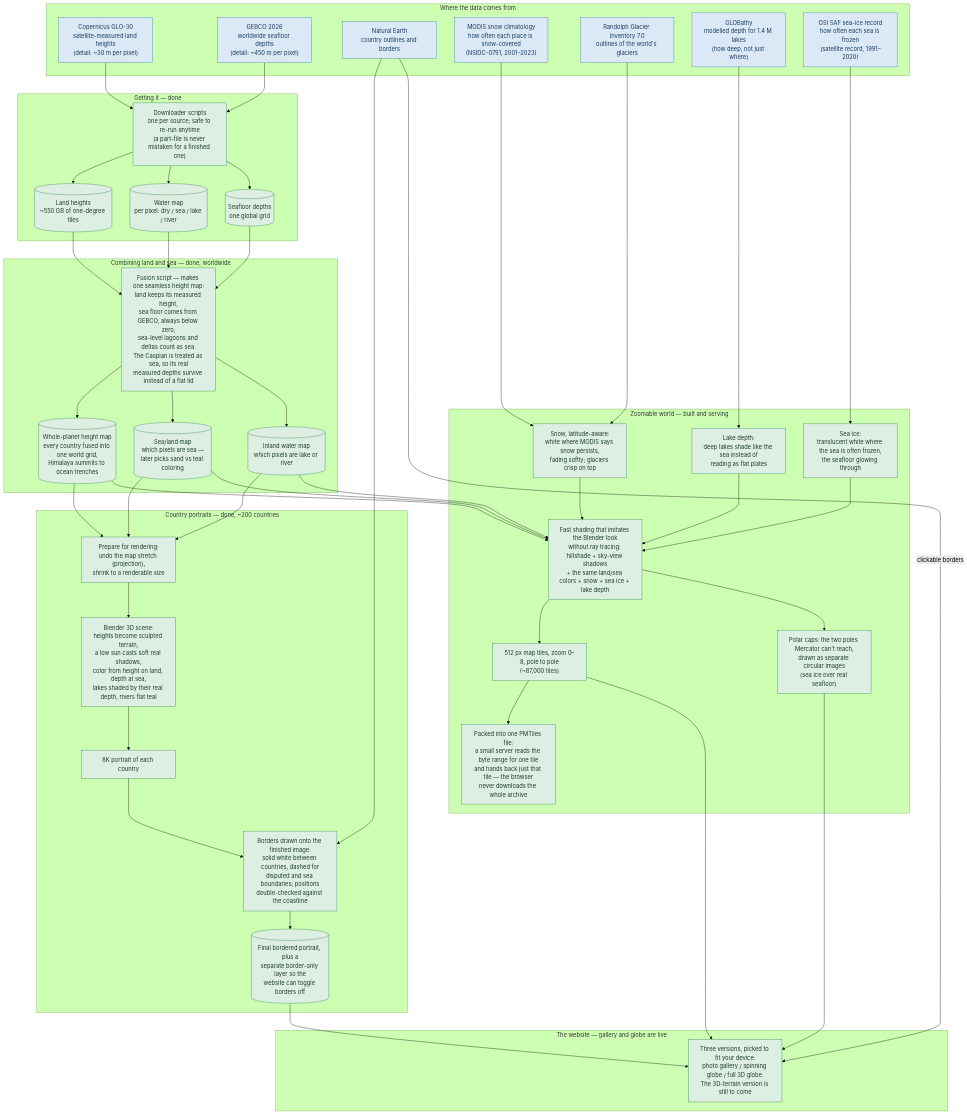
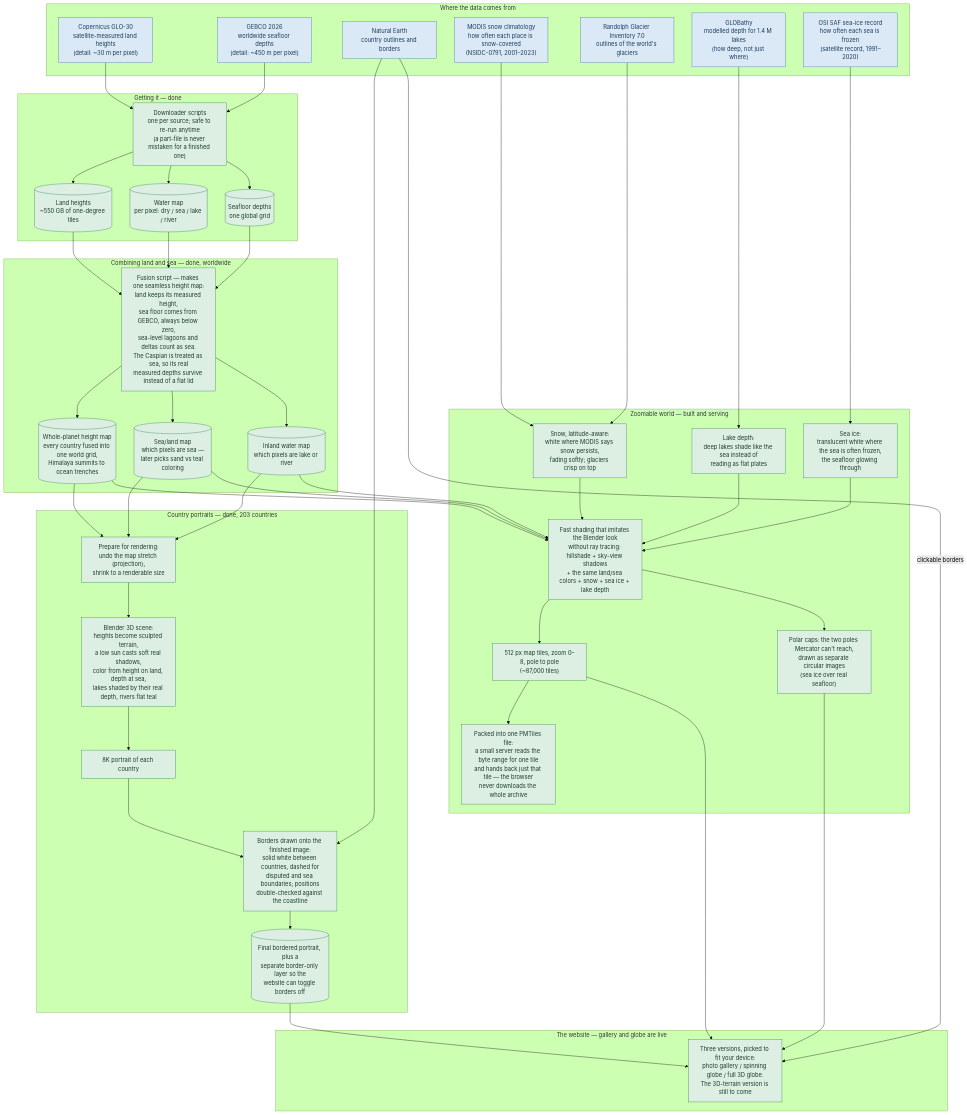
The diagram in docs/pipeline-overview.mmd (Alchez/terrella), drawn with Mermaid (forest theme) before and after one commit. The commit also changed 34 other files, not shown here.

```diff
--- a/docs/pipeline-overview.mmd
+++ b/docs/pipeline-overview.mmd
@@ -1,102 +1,100 @@
 %% Plain-language overview. Technical companion: pipeline-detail.mmd — update both together.
 
 flowchart TD
 
   subgraph SRC["Where the data comes from"]
     S1["Copernicus GLO-30<br/>satellite-measured land heights<br/>(detail: ~30 m per pixel)"]
     S2["GEBCO 2026<br/>worldwide seafloor depths<br/>(detail: ~450 m per pixel)"]
     S3["Natural Earth<br/>country outlines and borders"]
     S4["MODIS snow climatology<br/>how often each place is snow-covered<br/>(NSIDC-0791, 2001–2023)"]
     S5["Randolph Glacier Inventory 7.0<br/>outlines of the world's glaciers"]
     S6["GLOBathy<br/>modelled depth for 1.4 M lakes<br/>(how deep, not just where)"]
     S7["OSI SAF sea-ice record<br/>how often each sea is frozen<br/>(satellite record, 1991–2020)"]
   end
 
   subgraph ACQ["Getting it — done"]
     D1["Downloader scripts<br/>one per source; safe to re-run anytime<br/>(a part-file is never mistaken for a finished one)"]
     R1[("Land heights<br/>~550 GB of one-degree tiles")]
     R2[("Water map<br/>per pixel: dry / sea / lake / river")]
     R3[("Seafloor depths<br/>one global grid")]
   end
 
   S1 --> D1
   S2 --> D1
   D1 --> R1
   D1 --> R2
   D1 --> R3
 
   subgraph FUSE["Combining land and sea — done, worldwide"]
     F["Fusion script — makes one seamless height map:<br/>land keeps its measured height,<br/>sea floor comes from GEBCO, always below zero,<br/>sea-level lagoons and deltas count as sea.<br/>The Caspian is treated as sea, so its real<br/>measured depths survive instead of a flat lid"]
     O1[("Whole-planet height map<br/>every country fused into one world grid,<br/>Himalaya summits to ocean trenches")]
     O2[("Sea/land map<br/>which pixels are sea —<br/>later picks sand vs teal coloring")]
     O3[("Inland water map<br/>which pixels are lake or river")]
   end
 
   R1 --> F
   R2 --> F
   R3 --> F
   F --> O1
   F --> O2
   F --> O3
 
-  subgraph HERO["Country portraits — done, ~200 countries"]
+  subgraph HERO["Country portraits — done, 203 countries"]
     P["Prepare for rendering:<br/>undo the map stretch (projection),<br/>shrink to a renderable size"]
     B["Blender 3D scene:<br/>heights become sculpted terrain,<br/>a low sun casts soft real shadows,<br/>color from height on land, depth at sea,<br/>lakes shaded by their real depth, rivers flat teal"]
     H8["8K portrait of each country"]
     OV["Borders drawn onto the finished image:<br/>solid white between countries, dashed for<br/>disputed and sea boundaries; positions<br/>double-checked against the coastline"]
     HF[("Final bordered portrait, plus a<br/>separate border-only layer so the<br/>website can toggle borders off")]
   end
 
   O1 --> P
   O2 --> P
   O3 --> P
   P --> B
   B --> H8
   H8 --> OV
   S3 --> OV
   OV --> HF
 
   subgraph TILES["Zoomable world — built and serving"]
     T3["Snow, latitude-aware:<br/>white where MODIS says snow persists,<br/>fading softly; glaciers crisp on top"]
     T4["Lake depth:<br/>deep lakes shade like the sea instead of<br/>reading as flat plates"]
     T6["Sea ice:<br/>translucent white where the sea is often frozen,<br/>the seafloor glowing through"]
     T1["Fast shading that imitates the Blender look<br/>without ray tracing: hillshade + sky-view shadows<br/>+ the same land/sea colors + snow + sea ice + lake depth"]
     T2["512 px map tiles, zoom 0–8, pole to pole<br/>(~87,000 tiles)"]
     T5["Packed into one PMTiles file:<br/>a small server reads the byte range for one tile<br/>and hands back just that tile — the browser<br/>never downloads the whole archive"]
     T7["Polar caps: the two poles Mercator can't reach,<br/>drawn as separate circular images<br/>(sea ice over real seafloor)"]
   end
 
   O1 --> T1
   O2 --> T1
   O3 --> T1
   S4 --> T3
   S5 --> T3
   S6 --> T4
   S7 --> T6
   T3 --> T1
   T4 --> T1
   T6 --> T1
   T1 --> T2
   T1 --> T7
   T2 --> T5
 
   subgraph SITE["The website — gallery and globe are live"]
     W["Three versions, picked to fit your device:<br/>photo gallery / spinning globe / full 3D globe.<br/>The 3D-terrain version is still to come"]
   end
 
   T2 --> W
   T7 --> W
   HF --> W
   S3 -->|clickable borders| W
 
   classDef ext fill:#dbe9f6,stroke:#3572a5,color:#173a5e
   classDef done fill:#dcefe2,stroke:#2e7d4f,color:#1a3a28
-  classDef next fill:#fdf3d7,stroke:#b8860b,color:#4a3a10
-  classDef plan fill:#eceff1,stroke:#78909c,color:#37474f
 
   class S1,S2,S3,S4,S5,S6,S7 ext
   class D1,R1,R2,R3 done
   class F,O1,O2,O3 done
   class P,B,H8,OV,HF done
   class T1,T2,T3,T4,T5,T6,T7 done
   class W done
```
